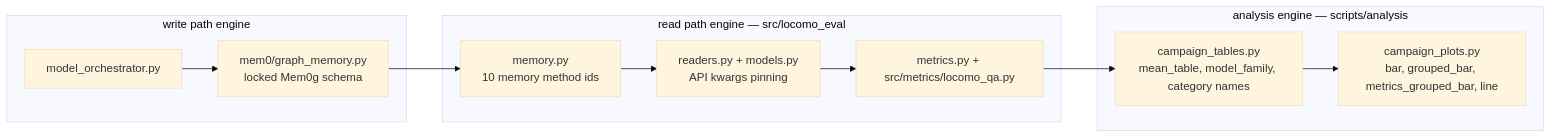
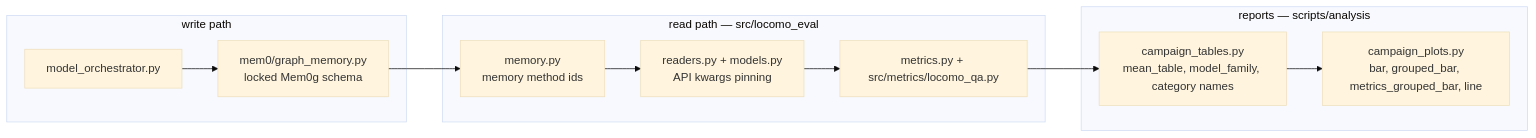
Before and after one commit to park-jsdev/long-term-memory-eval: the third of 12 diagrams in docs/architecture.md, drawn with Mermaid (base theme). The commit also changed other lines of this file and 43 other files, not shown here.

````diff
--- a/docs/architecture.md
+++ b/docs/architecture.md
@@ -168,22 +212,22 @@
 ```mermaid
 flowchart LR
-  subgraph Read["read path engine — src/locomo_eval"]
-    MEM["memory.py<br/>10 memory method ids"]
+  subgraph Read["read path — src/locomo_eval"]
+    MEM["memory.py<br/>memory method ids"]
     RD["readers.py + models.py<br/>API kwargs pinning"]
     SC["metrics.py + src/metrics/locomo_qa.py"]
   end
 
-  subgraph Write["write path engine"]
+  subgraph Write["write path"]
     MO["model_orchestrator.py"]
     GM["mem0/graph_memory.py<br/>locked Mem0g schema"]
   end
 
-  subgraph Analyse["analysis engine — scripts/analysis"]
+  subgraph Analyse["reports — scripts/analysis"]
     CT["campaign_tables.py<br/>mean_table, model_family, category names"]
     CP["campaign_plots.py<br/>bar, grouped_bar, metrics_grouped_bar, line"]
   end
 
   MO --> GM --> MEM
   MEM --> RD --> SC
   SC --> CT --> CP
 ```
````
